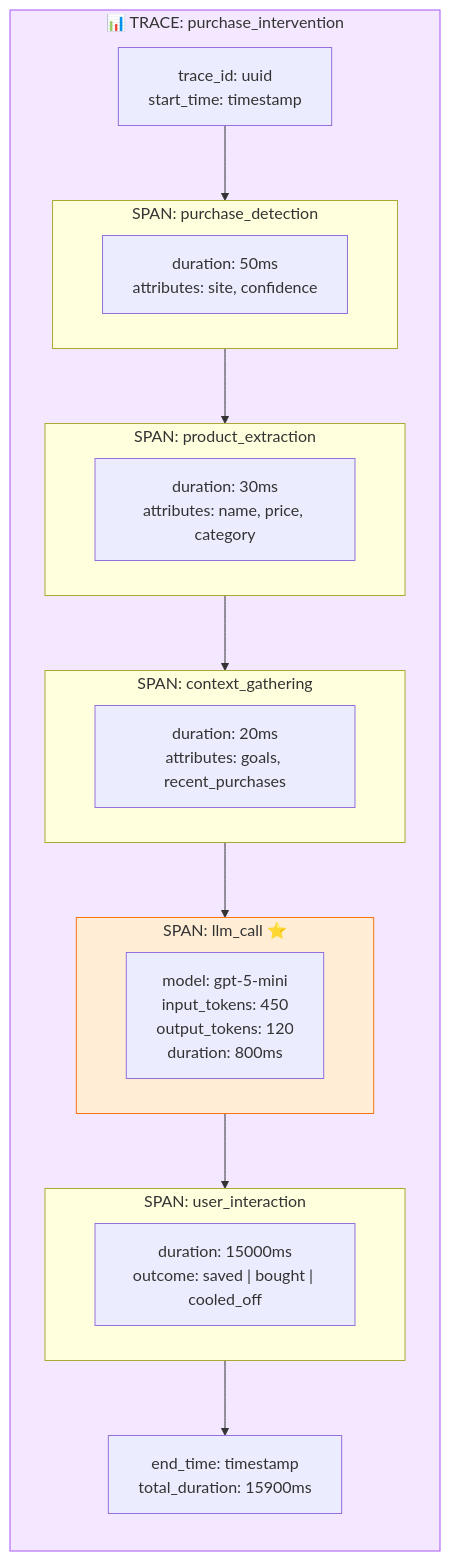
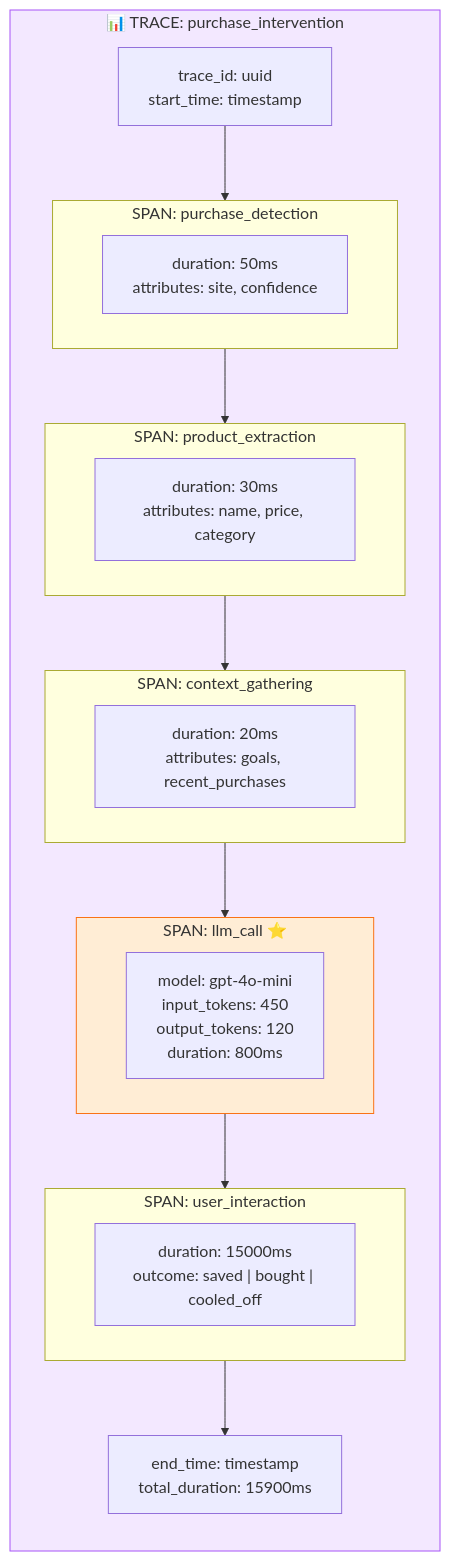
The ninth of 12 diagrams in docs/PauseBuy_Technical_Architecture.md (cnu/PauseBuy), drawn with Mermaid before and after one commit. The commit also changed other lines of this file and 3 other files, not shown here.

First line of the commit message:
chore: switch from GPT-5-mini to GPT-4o-mini

````diff
--- a/docs/PauseBuy_Technical_Architecture.md
+++ b/docs/PauseBuy_Technical_Architecture.md
@@ -797,39 +797,39 @@
 ```mermaid
 flowchart TB
     subgraph Trace["📊 TRACE: purchase_intervention"]
         direction TB
         TraceInfo["trace_id: uuid<br/>start_time: timestamp"]
         
         subgraph Span1["SPAN: purchase_detection"]
             S1Info["duration: 50ms<br/>attributes: site, confidence"]
         end
         
         subgraph Span2["SPAN: product_extraction"]
             S2Info["duration: 30ms<br/>attributes: name, price, category"]
         end
         
         subgraph Span3["SPAN: context_gathering"]
             S3Info["duration: 20ms<br/>attributes: goals, recent_purchases"]
         end
         
         subgraph Span4["SPAN: llm_call ⭐"]
-            S4Info["model: gpt-5-mini<br/>input_tokens: 450<br/>output_tokens: 120<br/>duration: 800ms"]
+            S4Info["model: gpt-4o-mini<br/>input_tokens: 450<br/>output_tokens: 120<br/>duration: 800ms"]
         end
         
         subgraph Span5["SPAN: user_interaction"]
             S5Info["duration: 15000ms<br/>outcome: saved | bought | cooled_off"]
         end
         
         TraceInfo --> Span1
         Span1 --> Span2
         Span2 --> Span3
         Span3 --> Span4
         Span4 --> Span5
         
         EndInfo["end_time: timestamp<br/>total_duration: 15900ms"]
         Span5 --> EndInfo
     end
     
     style Trace fill:#f3e8ff,stroke:#a855f7
     style Span4 fill:#ffedd5,stroke:#f97316
 ```
````
